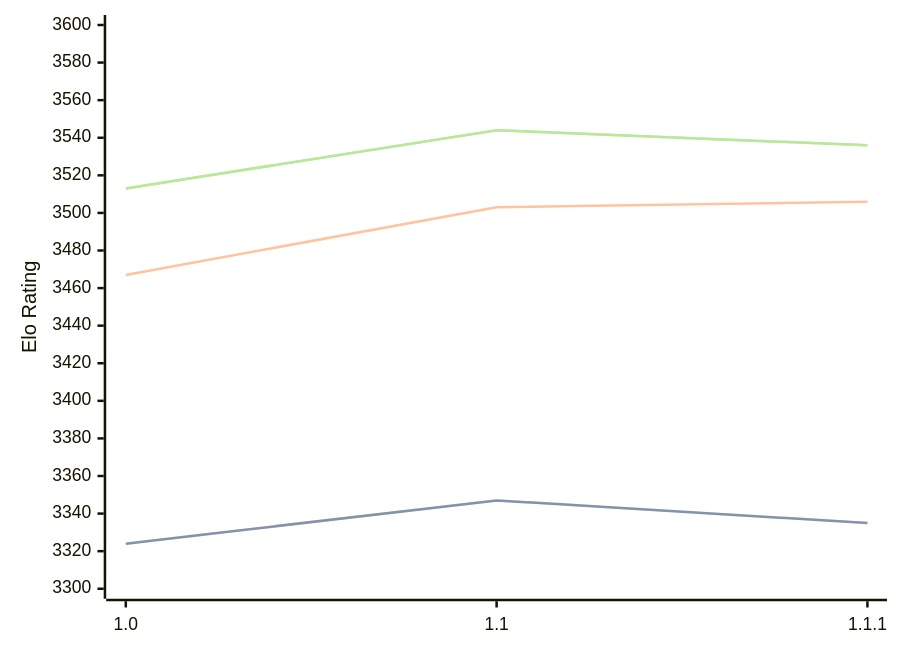
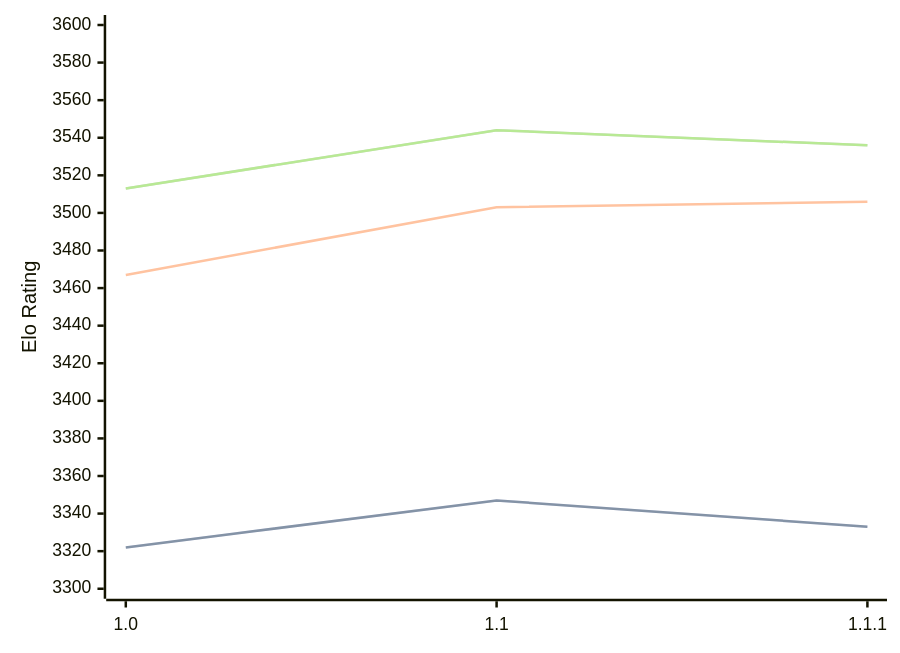
Before and after one commit to computer-chess-index/cci: the diagram in engines/Icarus.md, drawn with Mermaid. The commit also changed other lines of this file, not shown here.

````diff
--- a/engines/Icarus.md
+++ b/engines/Icarus.md
@@ -33,11 +33,11 @@
 ```mermaid
 %%{init: {"theme":"base","themeVariables":{"seriesColors:['#a3a3a3','#222221','#faa371']}}}%%
 xychart-beta
   x-axis ["1.0", "1.1", "1.1.1"]
   y-axis "Elo Rating" 3300 --> 3600
-  line "" [3324, 3347, 3335]
-  line "STC (8.0+0.08s)" [3324, 3347, 3335]
+  line "" [3322, 3347, 3333]
+  line "STC (8.0+0.08s)" [3322, 3347, 3333]
   line "LTC (60.0+0.60s)" [3467, 3503, 3506]
   line "" [3513, 3544, 3536]
   line "VLTC (2m24s+1.12s)" [3513, 3544, 3536]
 ```
````
